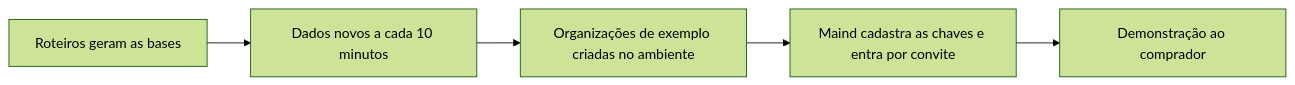
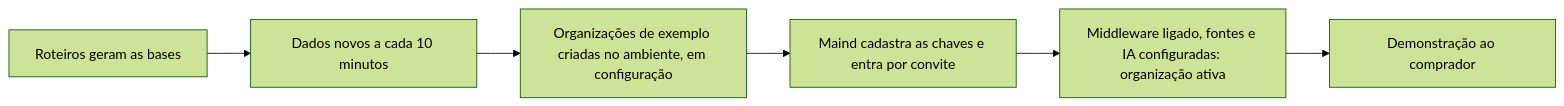
Before and after one commit to fabioabr/horus-v2-docs: the diagram in docs/leitura/mfs/mf-118-bases-de-demonstracao.md, drawn with Mermaid (forest theme). The commit also changed other lines of this file and 38 other files, not shown here.

````diff
--- a/docs/leitura/mfs/mf-118-bases-de-demonstracao.md
+++ b/docs/leitura/mfs/mf-118-bases-de-demonstracao.md
@@ -118,7 +122,8 @@
 ```mermaid
 flowchart LR
   g[Roteiros geram as bases] --> i[Dados novos a cada 10 minutos]
-  i --> s[Organizações de exemplo criadas no ambiente]
+  i --> s[Organizações de exemplo criadas no ambiente, em configuração]
   s --> c[Maind cadastra as chaves e entra por convite]
-  c --> d[Demonstração ao comprador]
+  c --> a[Middleware ligado, fontes e IA configuradas: organização ativa]
+  a --> d[Demonstração ao comprador]
 ```
````
